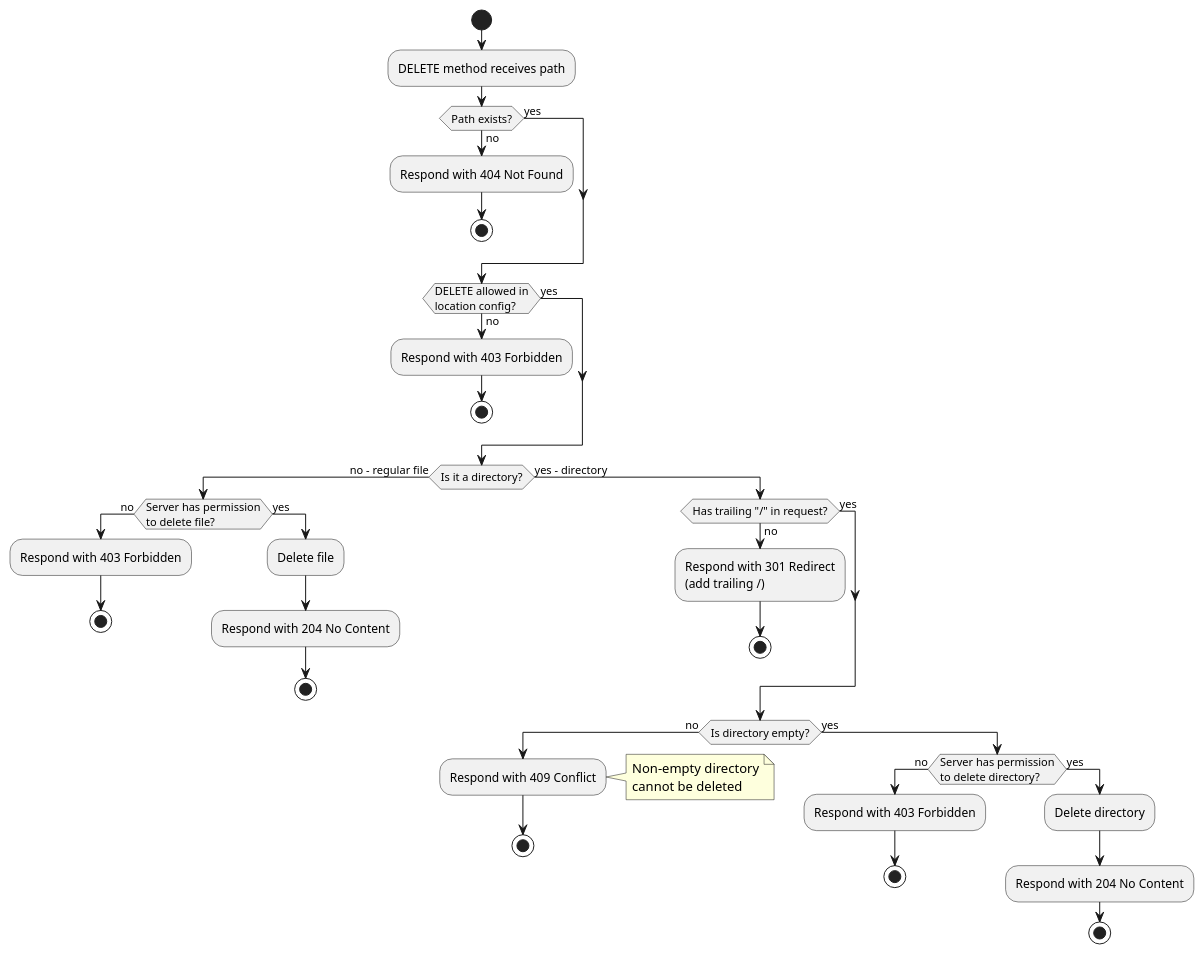
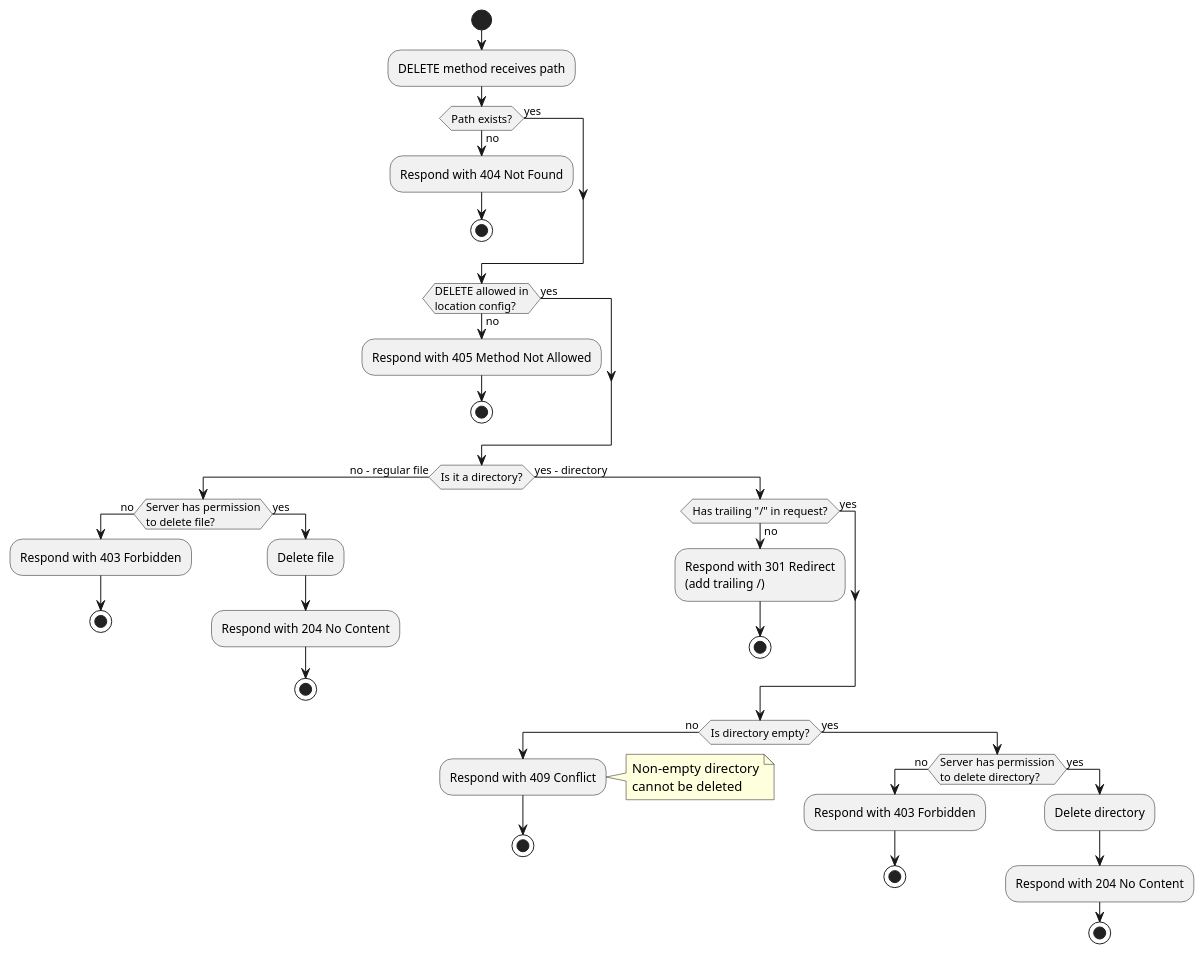
One commit to RiadElamine/Webserv changed the diagram in DELETE.puml. Above: the diagram before and after it, drawn with PlantUML. The commit also changed 4 other files, not shown here.

```diff
--- a/DELETE.puml
+++ b/DELETE.puml
@@ -1,53 +1,53 @@
 @startuml
 start
 
 :DELETE method receives path;
 
 if (Path exists?) then (no)
   :Respond with 404 Not Found;
   stop
 else (yes)
 endif
 
 if (DELETE allowed in\nlocation config?) then (no)
-  :Respond with 403 Forbidden;
+  :Respond with 405 Method Not Allowed;
   stop
 else (yes)
 endif
 
 if (Is it a directory?) then (no - regular file)
   if (Server has permission\nto delete file?) then (no)
     :Respond with 403 Forbidden;
     stop
   else (yes)
     :Delete file;
     :Respond with 204 No Content;
     stop
   endif
 else (yes - directory)
   if (Has trailing "/" in request?) then (no)
     :Respond with 301 Redirect\n(add trailing /);
     stop
   else (yes)
   endif
   
   if (Is directory empty?) then (no)
     :Respond with 409 Conflict;
     note right
       Non-empty directory
       cannot be deleted
     end note
     stop
   else (yes)
     if (Server has permission\nto delete directory?) then (no)
       :Respond with 403 Forbidden;
       stop
     else (yes)
       :Delete directory;
       :Respond with 204 No Content;
       stop
     endif
   endif
 endif
 
 @enduml
```
